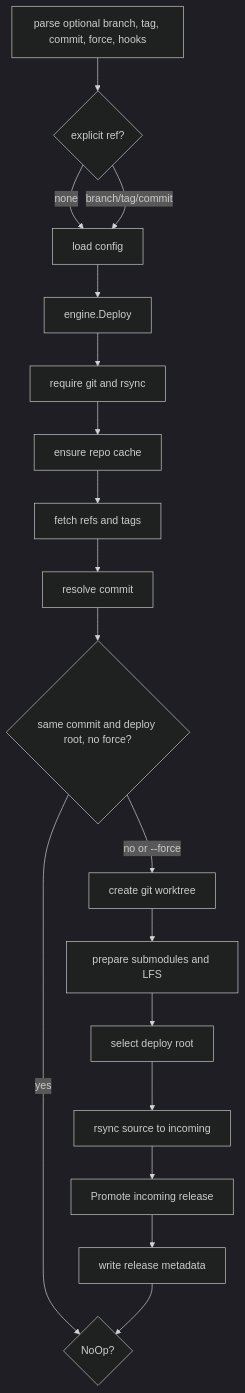
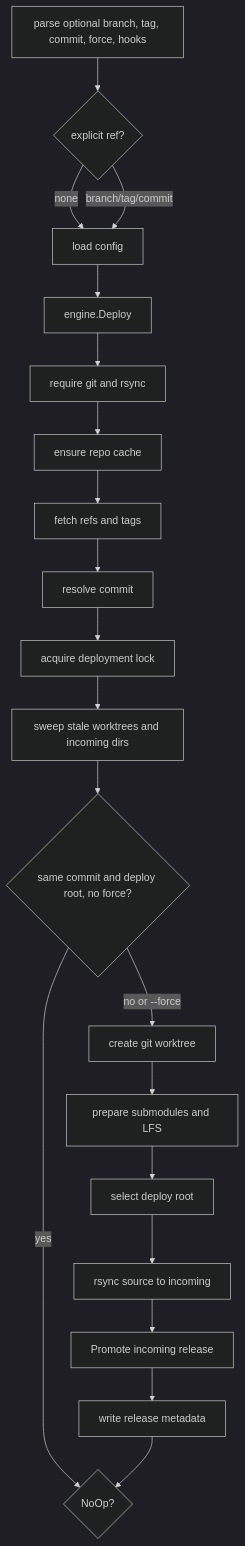
Before and after one commit to aipokalyptik/wpcloud-site-git-deploy: the seventh of 17 diagrams in docs/code-flow.md, drawn with Mermaid (dark theme). The commit also changed other lines of this file and 12 other files, not shown here.

````diff
--- a/docs/code-flow.md
+++ b/docs/code-flow.md
@@ -182,26 +182,28 @@
 ```mermaid
 flowchart TD
   PARSE["parse optional branch, tag, commit, force, hooks"]
   REF{"explicit ref?"}
   LOAD["load config"]
   ENGINE["engine.Deploy"]
   REQUIRE["require git and rsync"]
   REPO["ensure repo cache"]
   FETCH["fetch refs and tags"]
   RESOLVE["resolve commit"]
+  LOCK["acquire deployment lock"]
+  SWEEP["sweep stale worktrees and incoming dirs"]
   NOOP{"same commit and deploy root, no force?"}
   WORKTREE["create git worktree"]
   FEATURES["prepare submodules and LFS"]
   ROOT["select deploy root"]
   RSYNC["rsync source to incoming"]
   PROMOTE["Promote incoming release"]
   META["write release metadata"]
   PRINT{"NoOp?"}
 
   PARSE --> REF
   REF -->|"none"| LOAD
   REF -->|"branch/tag/commit"| LOAD
-  LOAD --> ENGINE --> REQUIRE --> REPO --> FETCH --> RESOLVE --> NOOP
+  LOAD --> ENGINE --> REQUIRE --> REPO --> FETCH --> RESOLVE --> LOCK --> SWEEP --> NOOP
   NOOP -->|"yes"| PRINT
   NOOP -->|"no or --force"| WORKTREE --> FEATURES --> ROOT --> RSYNC --> PROMOTE --> META --> PRINT
 ```
````
